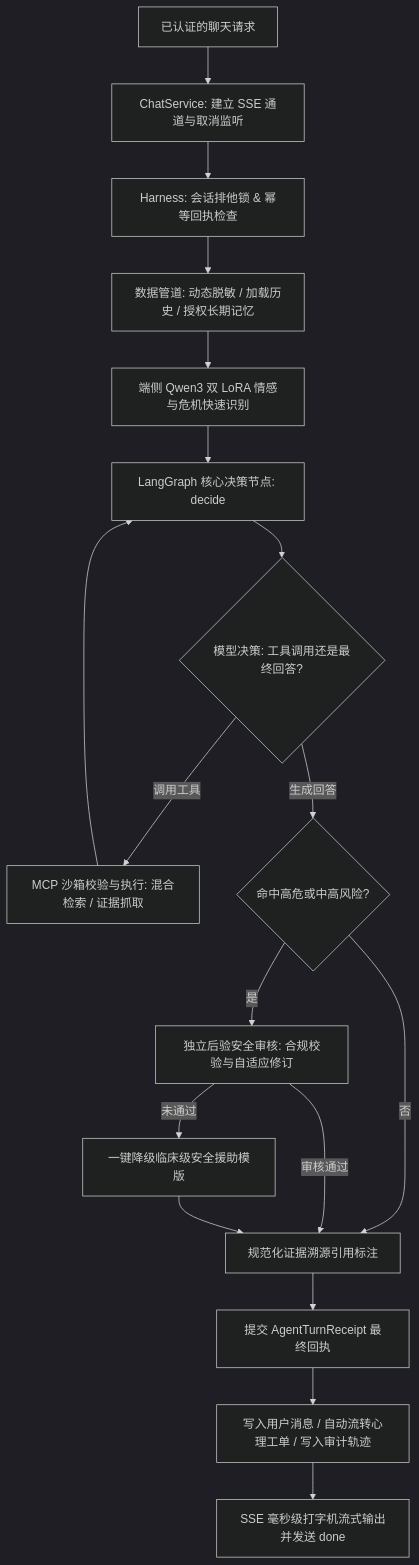
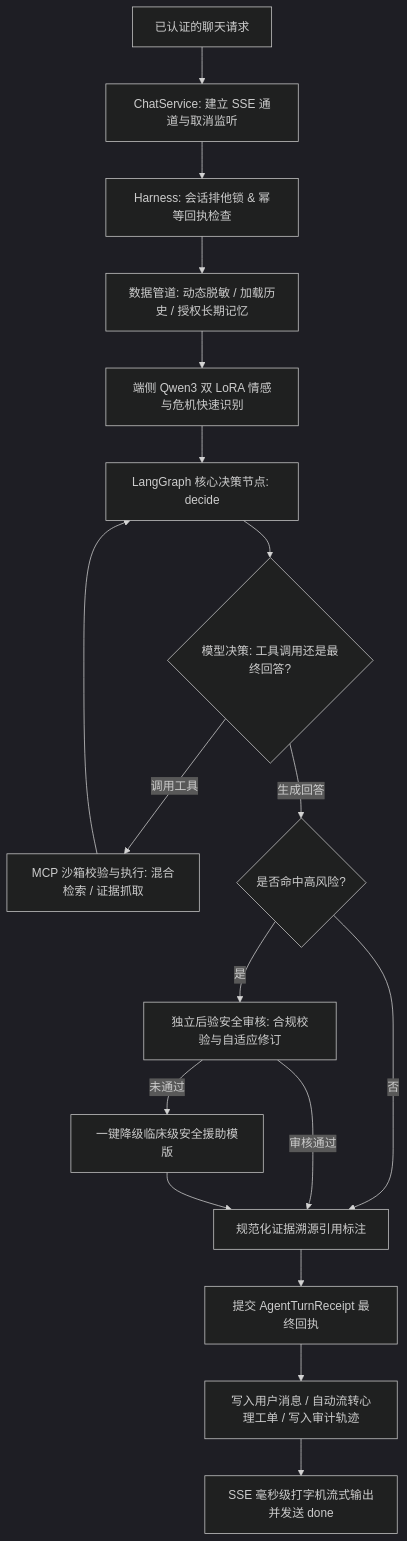
The second of 2 diagrams in README.md (WenYuecheng/solaceai), drawn with Mermaid (dark theme) before and after one commit. The commit also changed other lines of this file and 16 other files, not shown here.

````diff
--- a/README.md
+++ b/README.md
@@ -127,23 +126,23 @@
 ```mermaid
 flowchart TD
     Req[已认证的聊天请求] --> Service[ChatService: 建立 SSE 通道与取消监听]
     Service --> Harness[Harness: 会话排他锁 & 幂等回执检查]
     Harness --> Pipeline[数据管道: 动态脱敏 / 加载历史 / 授权长期记忆]
     Pipeline --> Classify[端侧 Qwen3 双 LoRA 情感与危机快速识别]
     Classify --> GraphRuntime[LangGraph 核心决策节点: decide]
     
     GraphRuntime --> Branch{模型决策: 工具调用还是最终回答?}
     Branch -->|调用工具| MCPExec[MCP 沙箱校验与执行: 混合检索 / 证据抓取]
     MCPExec --> GraphRuntime
     
-    Branch -->|生成回答| ReviewNode{命中高危或中高风险?}
+    Branch -->|生成回答| ReviewNode{是否命中高风险?}
     ReviewNode -->|是| SafetyReview[独立后验安全审核: 合规校验与自适应修订]
     ReviewNode -->|否| Attrib[规范化证据溯源引用标注]
     SafetyReview -->|审核通过| Attrib
     SafetyReview -->|未通过| SafeTemplate[一键降级临床级安全援助模版]
     SafeTemplate --> Attrib
     
     Attrib --> Receipt[提交 AgentTurnReceipt 最终回执]
     Receipt --> Persist[写入用户消息 / 自动流转心理工单 / 写入审计轨迹]
     Persist --> Stream[SSE 毫秒级打字机流式输出并发送 done]
 ```
````
